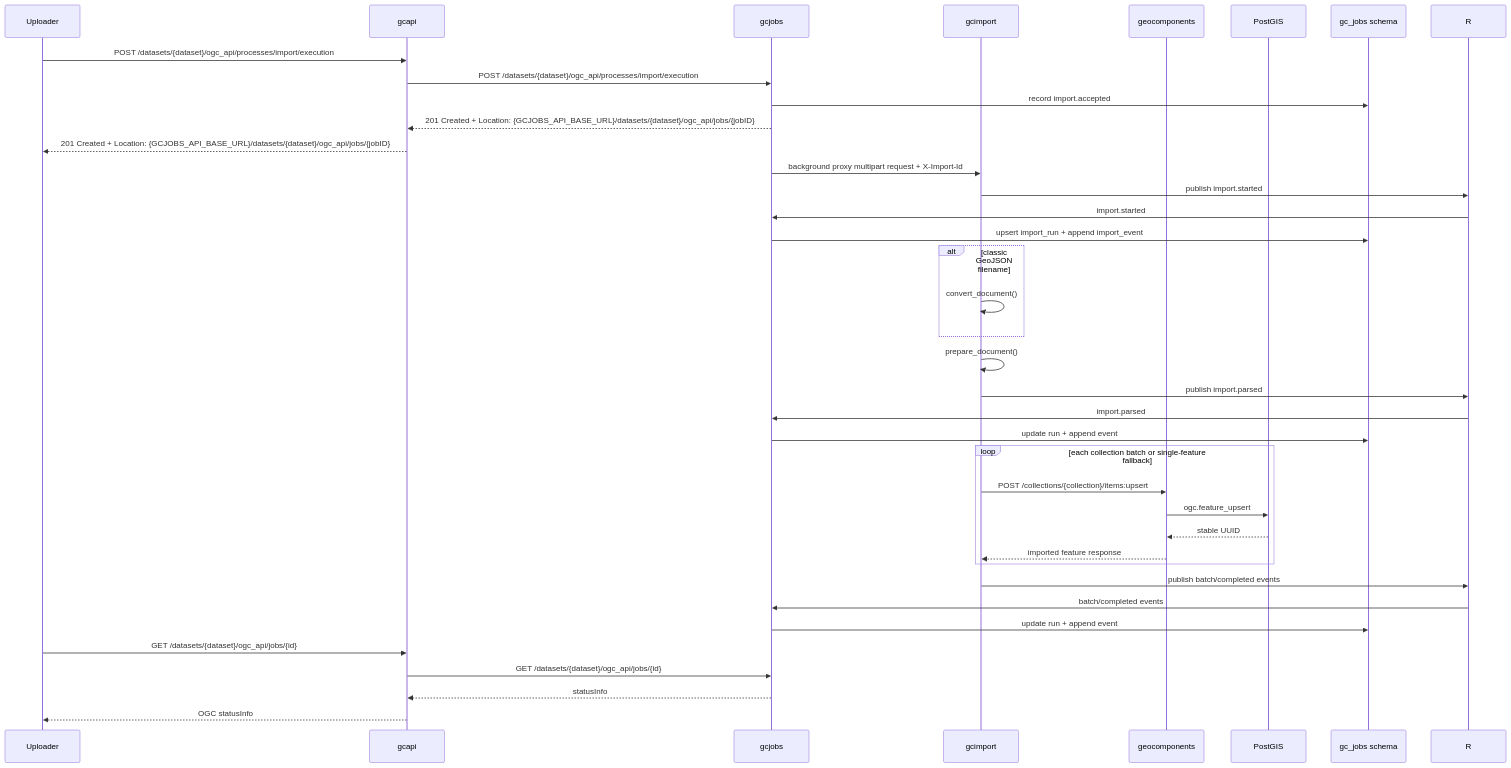
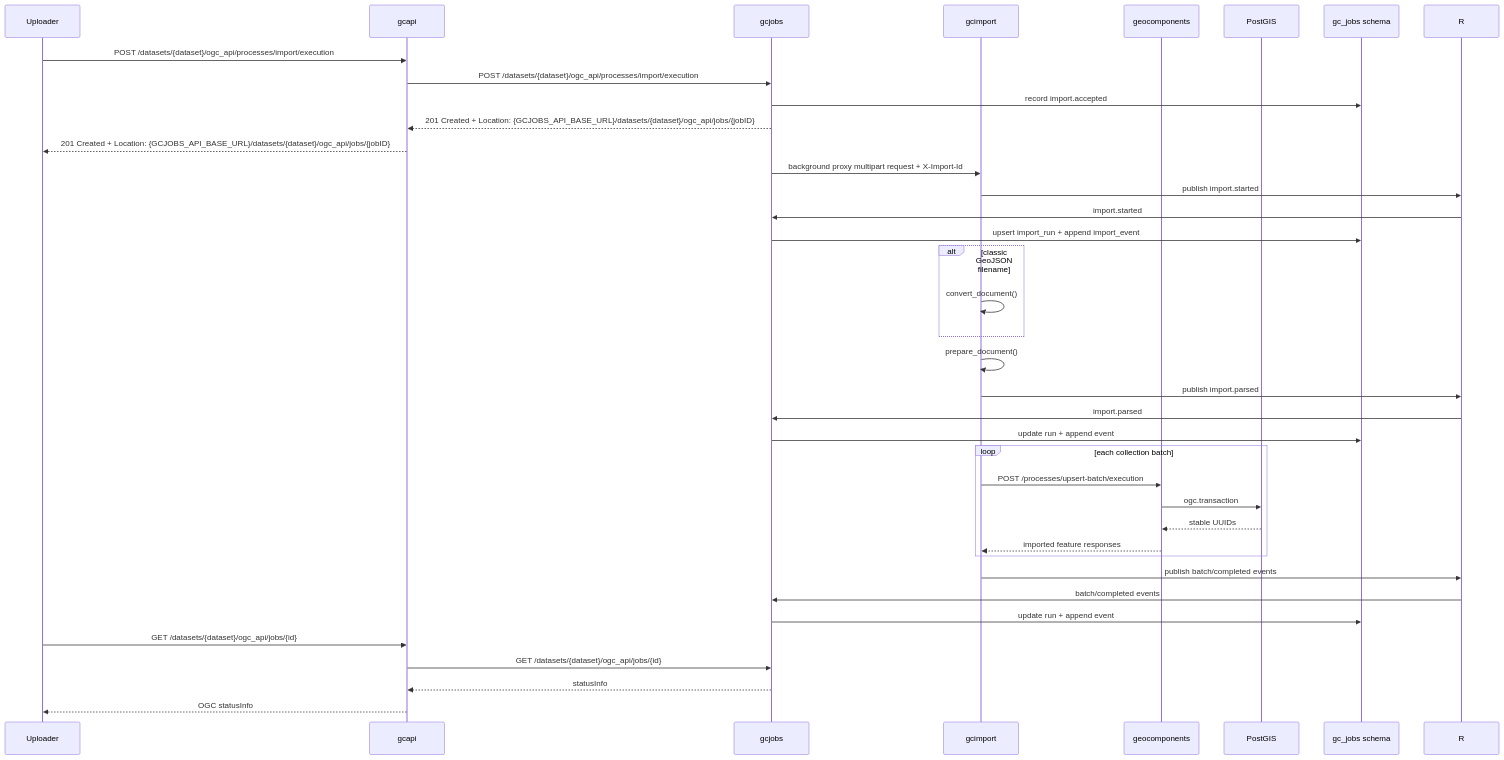
Before and after one commit to kartverket/topografisk-gdb-api: the seventh of 10 diagrams in docs/ARCHITECTURE.md, drawn with Mermaid. The commit also changed other lines of this file and 8 other files, not shown here.

````diff
--- a/docs/ARCHITECTURE.md
+++ b/docs/ARCHITECTURE.md
@@ -289,40 +289,40 @@
 ```mermaid
 sequenceDiagram
   participant U as Uploader
   participant A as gcapi
   participant J as gcjobs
   participant I as gcimport
   participant G as geocomponents
   participant DB as PostGIS
   participant JDB as gc_jobs schema
 
   U->>A: POST /datasets/{dataset}/ogc_api/processes/import/execution
   A->>J: POST /datasets/{dataset}/ogc_api/processes/import/execution
   J->>JDB: record import.accepted
   J-->>A: 201 Created + Location: {GCJOBS_API_BASE_URL}/datasets/{dataset}/ogc_api/jobs/{jobID}
   A-->>U: 201 Created + Location: {GCJOBS_API_BASE_URL}/datasets/{dataset}/ogc_api/jobs/{jobID}
   J->>I: background proxy multipart request + X-Import-Id
   I->>R: publish import.started
   R->>J: import.started
   J->>JDB: upsert import_run + append import_event
   alt classic GeoJSON filename
     I->>I: convert_document()
   end
   I->>I: prepare_document()
   I->>R: publish import.parsed
   R->>J: import.parsed
   J->>JDB: update run + append event
-  loop each collection batch or single-feature fallback
-    I->>G: POST /collections/{collection}/items:upsert
-    G->>DB: ogc.feature_upsert
-    DB-->>G: stable UUID
-    G-->>I: imported feature response
+  loop each collection batch
+    I->>G: POST /processes/upsert-batch/execution
+    G->>DB: ogc.transaction
+    DB-->>G: stable UUIDs
+    G-->>I: imported feature responses
   end
   I->>R: publish batch/completed events
   R->>J: batch/completed events
   J->>JDB: update run + append event
   U->>A: GET /datasets/{dataset}/ogc_api/jobs/{id}
   A->>J: GET /datasets/{dataset}/ogc_api/jobs/{id}
   J-->>A: statusInfo
   A-->>U: OGC statusInfo
 ```
````
